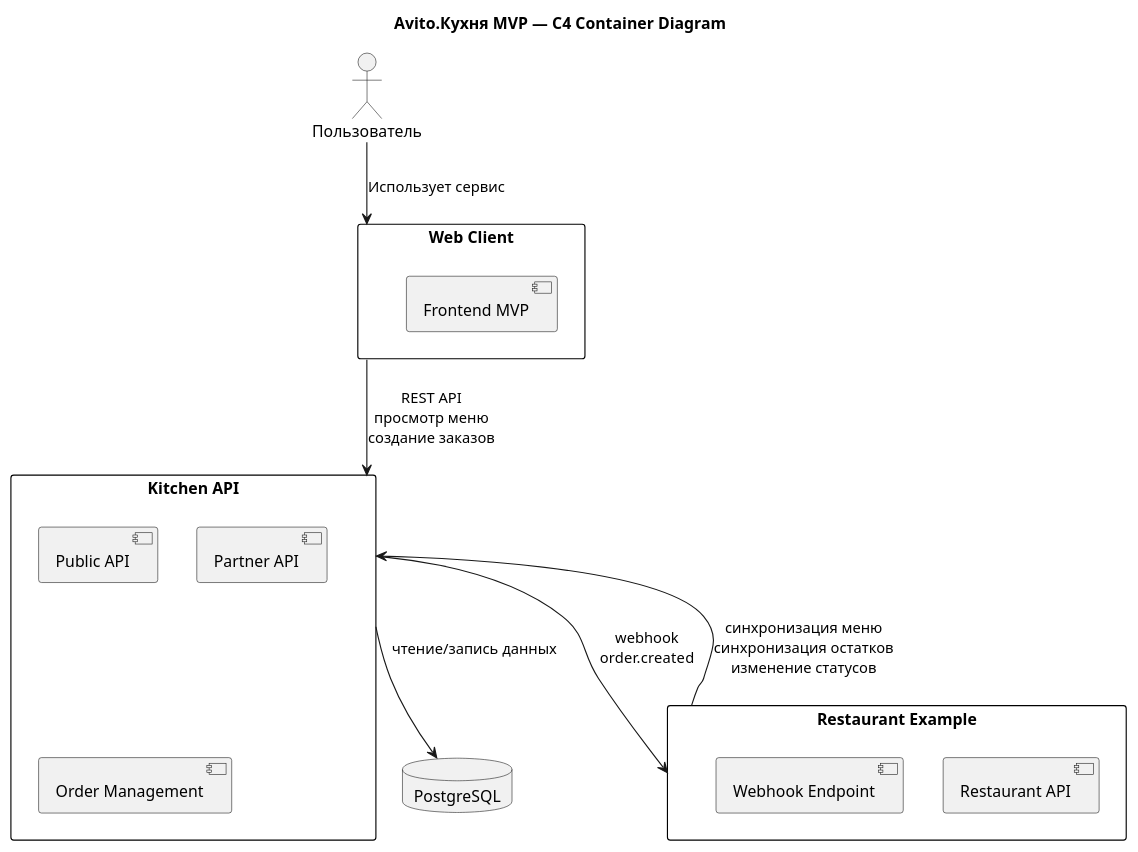
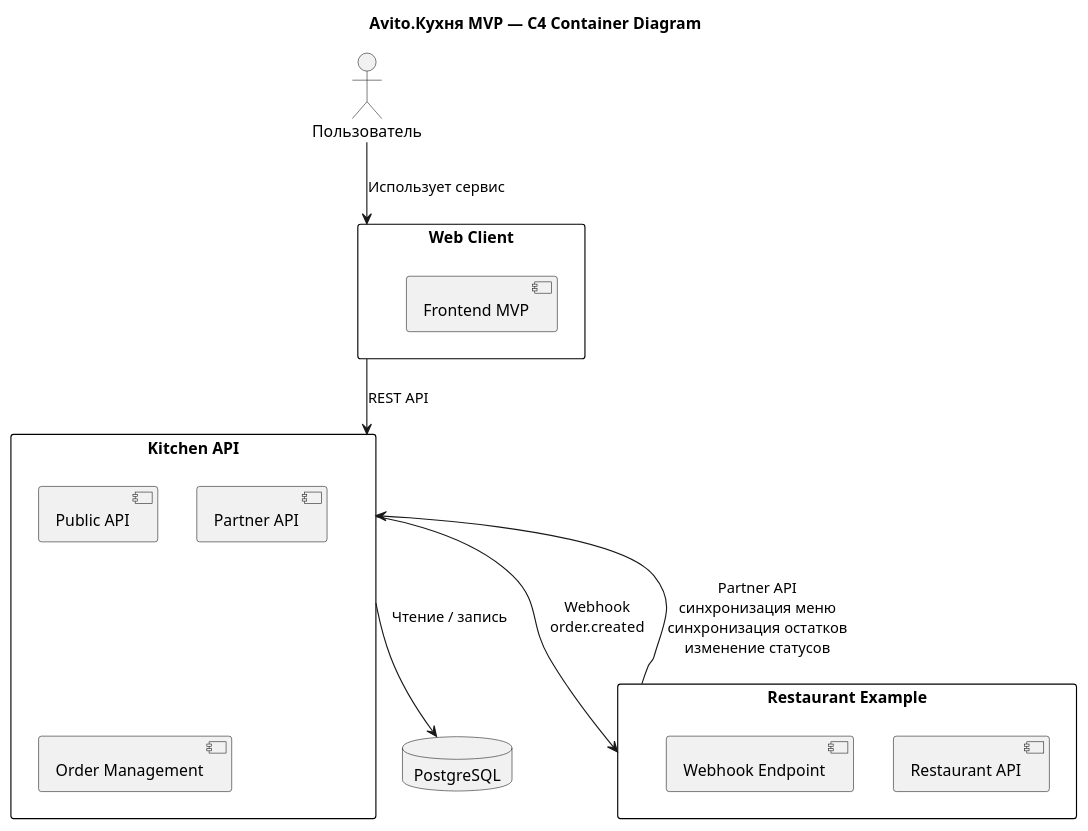
The diagram in docs/c4-containers.puml (IlyaBobkin/AvitoTask), drawn with PlantUML before and after one commit. The commit also changed other lines of this file and 1 other file, not shown here.

```diff
--- a/docs/c4-containers.puml
+++ b/docs/c4-containers.puml
@@ -1,39 +1,38 @@
 @startuml
 
 title Avito.Кухня MVP — C4 Container Diagram
 
 skinparam rectangle {
-BackgroundColor white
-BorderColor black
+    BackgroundColor white
+    BorderColor black
 }
 
 actor "Пользователь" as Customer
 
 rectangle "Web Client" as Web {
-[Frontend MVP]
+    [Frontend MVP]
 }
 
 rectangle "Kitchen API" as API {
-[Public API]
-[Partner API]
-[Order Management]
+    [Public API]
+    [Partner API]
+    [Order Management]
 }
 
 database "PostgreSQL" as DB
 
 rectangle "Restaurant Example" as Restaurant {
-[Restaurant API]
-[Webhook Endpoint]
+    [Restaurant API]
+    [Webhook Endpoint]
 }
 
 Customer --> Web : Использует сервис
 
-Web --> API : REST API\nпросмотр меню\nсоздание заказов
+Web --> API : REST API
+API --> DB : Чтение / запись
 
-API --> DB : чтение/запись данных
+Restaurant --> API : Partner API\nсинхронизация меню\nсинхронизация остатков\nизменение статусов
 
-Restaurant --> API : синхронизация меню\nсинхронизация остатков\nизменение статусов
-
-API --> Restaurant : webhook\norder.created
+API --> Restaurant : Webhook\norder.created
 
 @enduml
```
